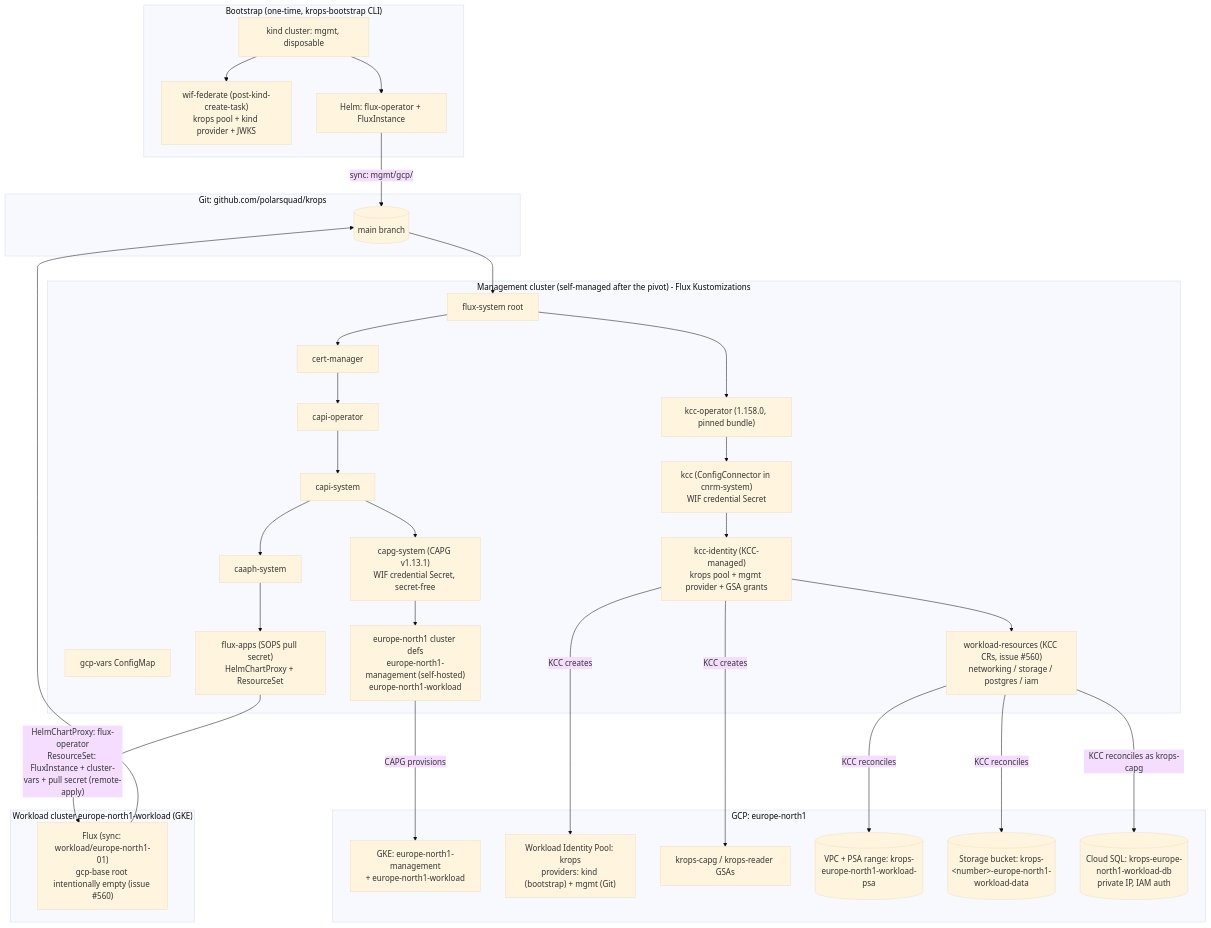
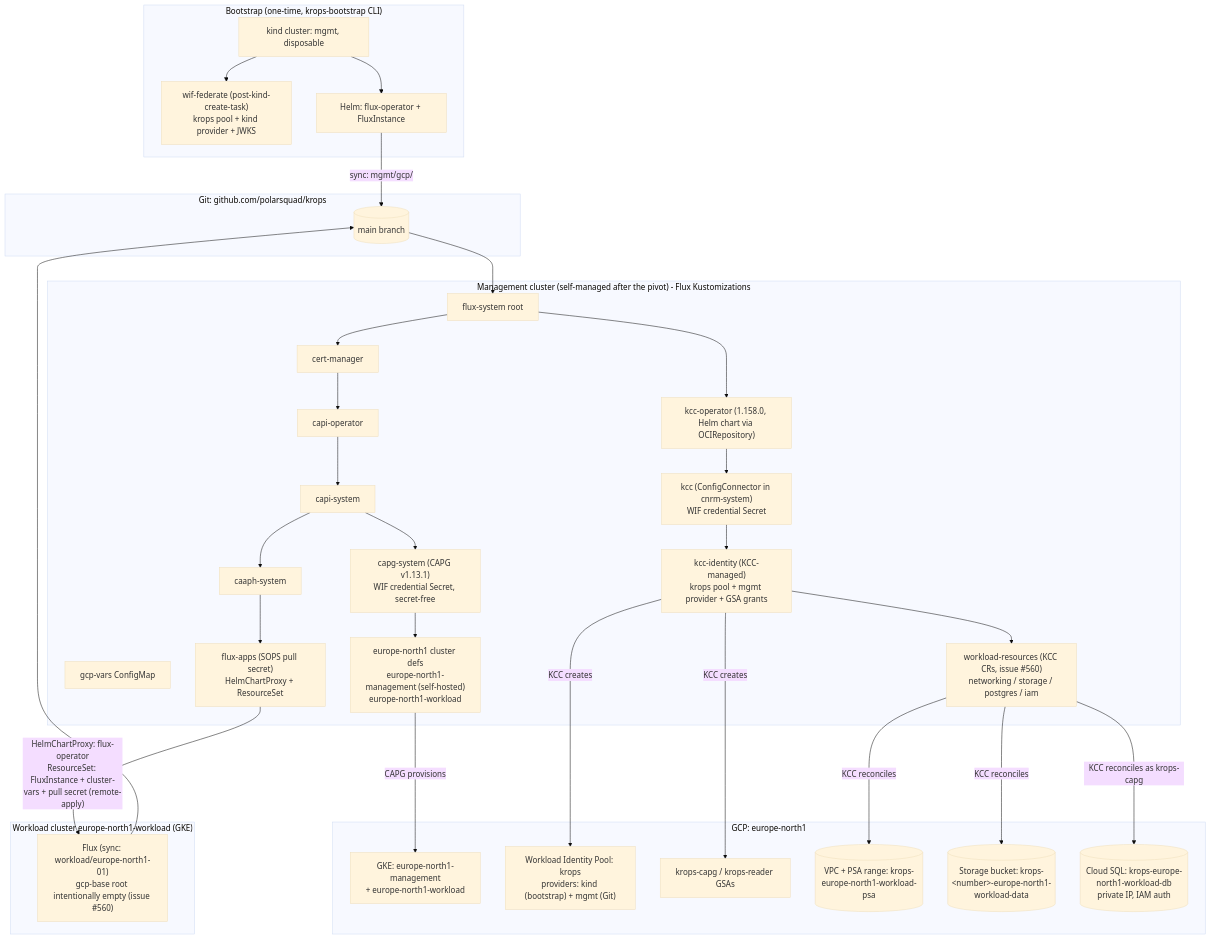
One commit to lmilbaum/krops changed the third of 5 diagrams in docs/architecture.md. Above: the diagram before and after it, drawn with Mermaid (base theme). The commit also changed 11 other files, not shown here.

First line of the commit message:
feat: consume KCC operator from Helm chart, drop vendored manifests

````diff
--- a/docs/architecture.md
+++ b/docs/architecture.md
@@ -335,62 +335,62 @@
 ```mermaid
 flowchart TD
     subgraph bootstrap["Bootstrap (one-time, krops-bootstrap CLI)"]
         KIND[kind cluster: mgmt, disposable]
         WIF["wif-federate (post-kind-create-task)<br/>krops pool + kind provider + JWKS"]
         HELM[Helm: flux-operator + FluxInstance]
         KIND --> WIF
         KIND --> HELM
     end
 
     subgraph git["Git: github.com/polarsquad/krops"]
         REPO[(main branch)]
     end
 
     HELM -->|"sync: mgmt/gcp/"| REPO
 
     subgraph mgmt["Management cluster (self-managed after the pivot) - Flux Kustomizations"]
         FS[flux-system root]
         GCPV[gcp-vars ConfigMap]
         CM[cert-manager]
         CO[capi-operator]
         CAPIS[capi-system]
         CAPGS["capg-system (CAPG v1.13.1)<br/>WIF credential Secret, secret-free"]
         CAAPH[caaph-system]
-        KCCO["kcc-operator (1.158.0, pinned bundle)"]
+        KCCO["kcc-operator (1.158.0, Helm chart via OCIRepository)"]
         KCC["kcc (ConfigConnector in cnrm-system)<br/>WIF credential Secret"]
         KCCI["kcc-identity (KCC-managed)<br/>krops pool + mgmt provider + GSA grants"]
         WRES["workload-resources (KCC CRs, issue #560)<br/>networking / storage / postgres / iam"]
         EUNC["europe-north1 cluster defs<br/>europe-north1-management (self-hosted)<br/>europe-north1-workload"]
         FA["flux-apps (SOPS pull secret)<br/>HelmChartProxy + ResourceSet"]
 
         FS --> CM --> CO --> CAPIS --> CAPGS
         CAPIS --> CAAPH --> FA
         FS --> KCCO --> KCC --> KCCI --> WRES
         CAPGS --> EUNC
     end
 
     REPO --> FS
 
     subgraph gcp["GCP: europe-north1"]
         GKE[GKE: europe-north1-management<br/>+ europe-north1-workload]
         POOL["Workload Identity Pool: krops<br/>providers: kind (bootstrap) + mgmt (Git)"]
         GSAS["krops-capg / krops-reader GSAs"]
         VPC[(VPC + PSA range: krops-europe-north1-workload-psa)]
         BUCKET[(Storage bucket: krops-&lt;number&gt;-europe-north1-workload-data)]
         SQL[(Cloud SQL: krops-europe-north1-workload-db<br/>private IP, IAM auth)]
     end
 
     EUNC -->|CAPG provisions| GKE
     KCCI -->|KCC creates| POOL
     KCCI -->|KCC creates| GSAS
     WRES -->|KCC reconciles as krops-capg| SQL
     WRES -->|KCC reconciles| VPC
     WRES -->|KCC reconciles| BUCKET
     FA -->|"HelmChartProxy: flux-operator<br/>ResourceSet: FluxInstance + cluster-vars + pull secret (remote-apply)"| WF
 
     subgraph wl["Workload cluster europe-north1-workload (GKE)"]
         WF["Flux (sync: workload/europe-north1-01)<br/>gcp-base root intentionally empty (issue #560)"]
     end
 
     WF --> REPO
 ```
````
